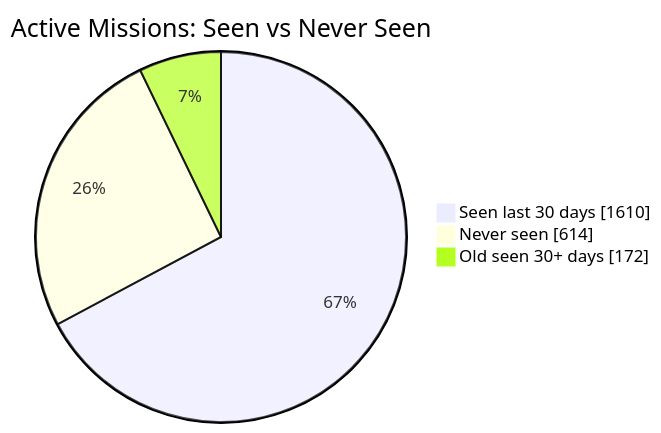
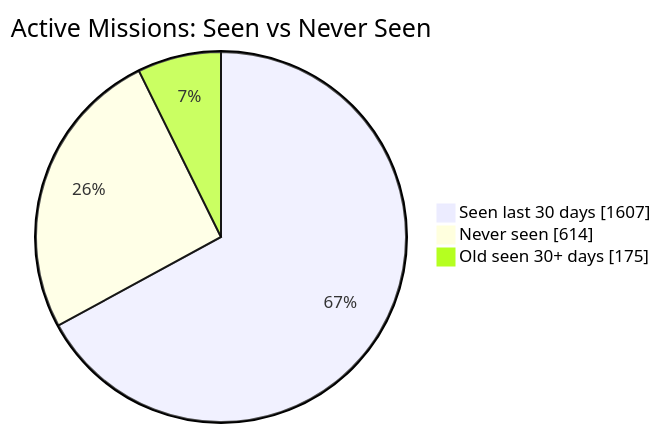
The first of 2 diagrams in README.md (MeldkamerspelGameTeam/active-missions), drawn with Mermaid before and after one commit. The commit also changed other lines of this file and 3 other files, not shown here.

````diff
--- a/README.md
+++ b/README.md
@@ -34,7 +34,7 @@
 ```mermaid
 pie showData
     title Active Missions: Seen vs Never Seen
-    "Seen last 30 days" : 1610
+    "Seen last 30 days" : 1607
     "Never seen" : 614
-    "Old seen 30+ days" : 172
+    "Old seen 30+ days" : 175
 ```
````
